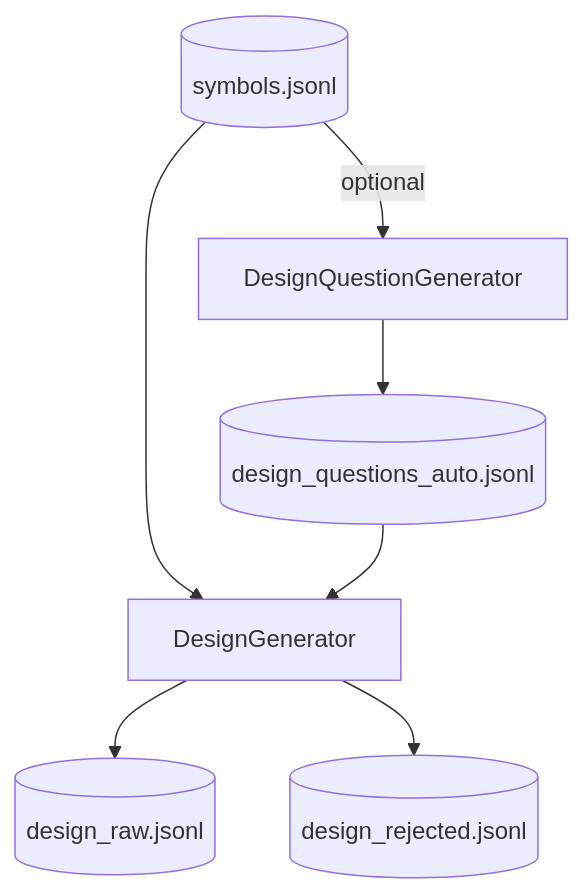
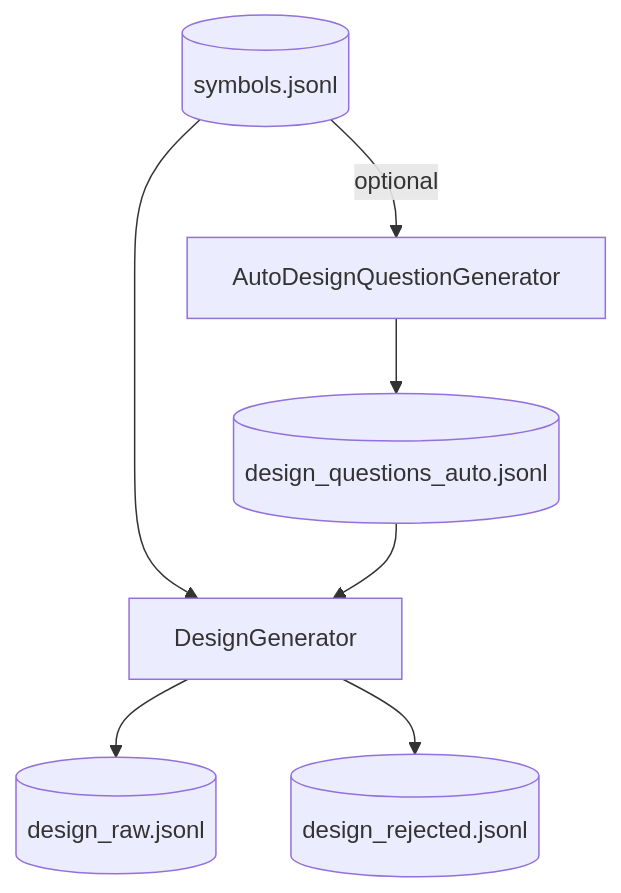
One commit to FlutteryEmbers/intelligent_code changed the diagram in docs/pipeline/04-design-generation-step.md. Above: the diagram before and after it, drawn with Mermaid. The commit also changed other lines of this file and 12 other files, not shown here.

````diff
--- a/docs/pipeline/04-design-generation-step.md
+++ b/docs/pipeline/04-design-generation-step.md
@@ -50,9 +50,9 @@
 ```mermaid
 flowchart TD
-  S[(symbols.jsonl)] -->|optional| R[DesignQuestionGenerator]
+  S[(symbols.jsonl)] -->|optional| R[AutoDesignQuestionGenerator]
   R --> RA[(design_questions_auto.jsonl)]
   S --> D[DesignGenerator]
   RA --> D
   D --> O[(design_raw.jsonl)]
   D --> X[(design_rejected.jsonl)]
 ```
````
